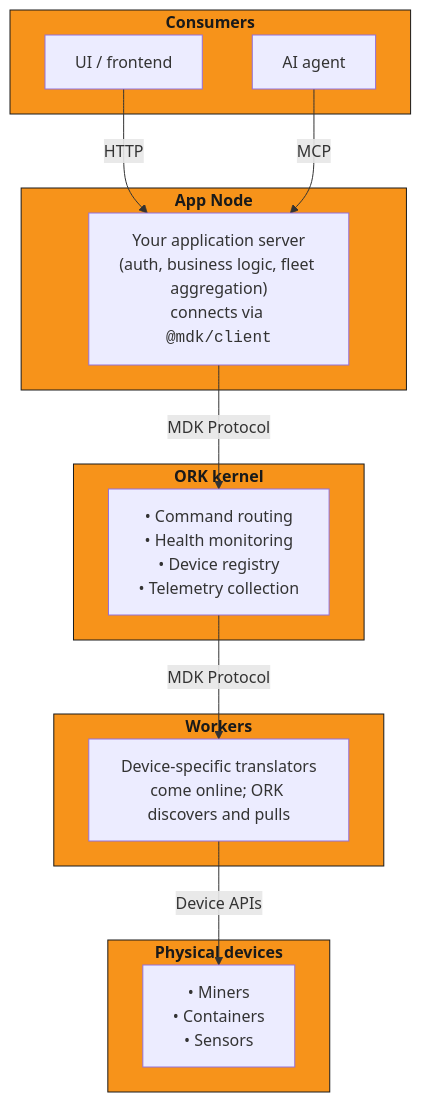
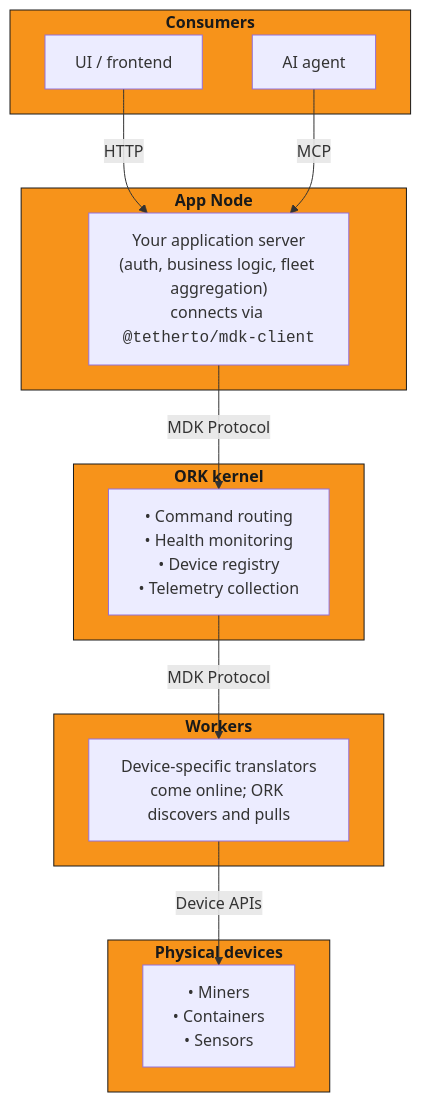
The diagram in docs/about.md (Gio-Galt/mdk-be), drawn with Mermaid before and after one commit. The commit also changed other lines of this file, not shown here.

Commit message:
Update @mdk/ ti @tetherto/mdk-

````diff
--- a/docs/about.md
+++ b/docs/about.md
@@ -78,35 +78,35 @@
 ```mermaid
 graph TB
     subgraph consumers ["<b>Consumers</b>"]
         UI["UI / frontend"]
         AI["AI agent"]
     end
 
     subgraph appNode ["<b>App Node</b>"]
-        APP["Your application server<br/>(auth, business logic, fleet aggregation)<br/>connects via <code>@mdk/client</code>"]
+        APP["Your application server<br/>(auth, business logic, fleet aggregation)<br/>connects via <code>@tetherto/mdk-client</code>"]
     end
 
     subgraph orkKernel ["<b>ORK kernel</b>"]
         ORK["• Command routing<br/>• Health monitoring<br/>• Device registry<br/>• Telemetry collection"]
     end
 
     subgraph workers ["<b>Workers</b>"]
         W["Device-specific translators<br/>come online; ORK discovers and pulls"]
     end
 
     subgraph devices ["<b>Physical devices</b>"]
         D["• Miners<br/>• Containers<br/>• Sensors"]
     end
 
     UI -->|HTTP| APP
     AI -->|MCP| APP
     APP -->|MDK Protocol| ORK
     ORK -->|MDK Protocol| W
     W -->|Device APIs| D
 
     style consumers fill:#F7931A,stroke:#1A1A1A,color:#1A1A1A
     style appNode fill:#F7931A,stroke:#1A1A1A,color:#1A1A1A
     style orkKernel fill:#F7931A,stroke:#1A1A1A,color:#1A1A1A
     style workers fill:#F7931A,stroke:#1A1A1A,color:#1A1A1A
     style devices fill:#F7931A,stroke:#1A1A1A,color:#1A1A1A
 ```
````
